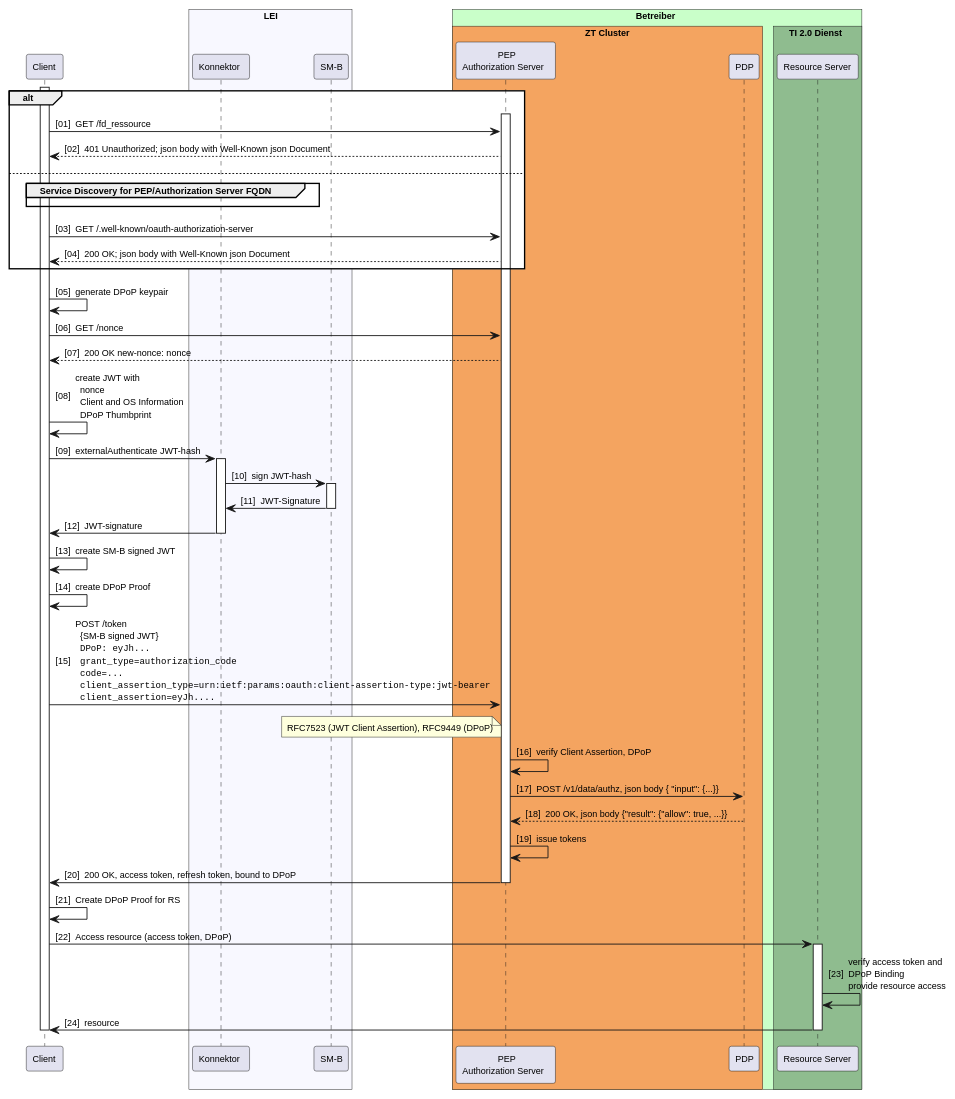
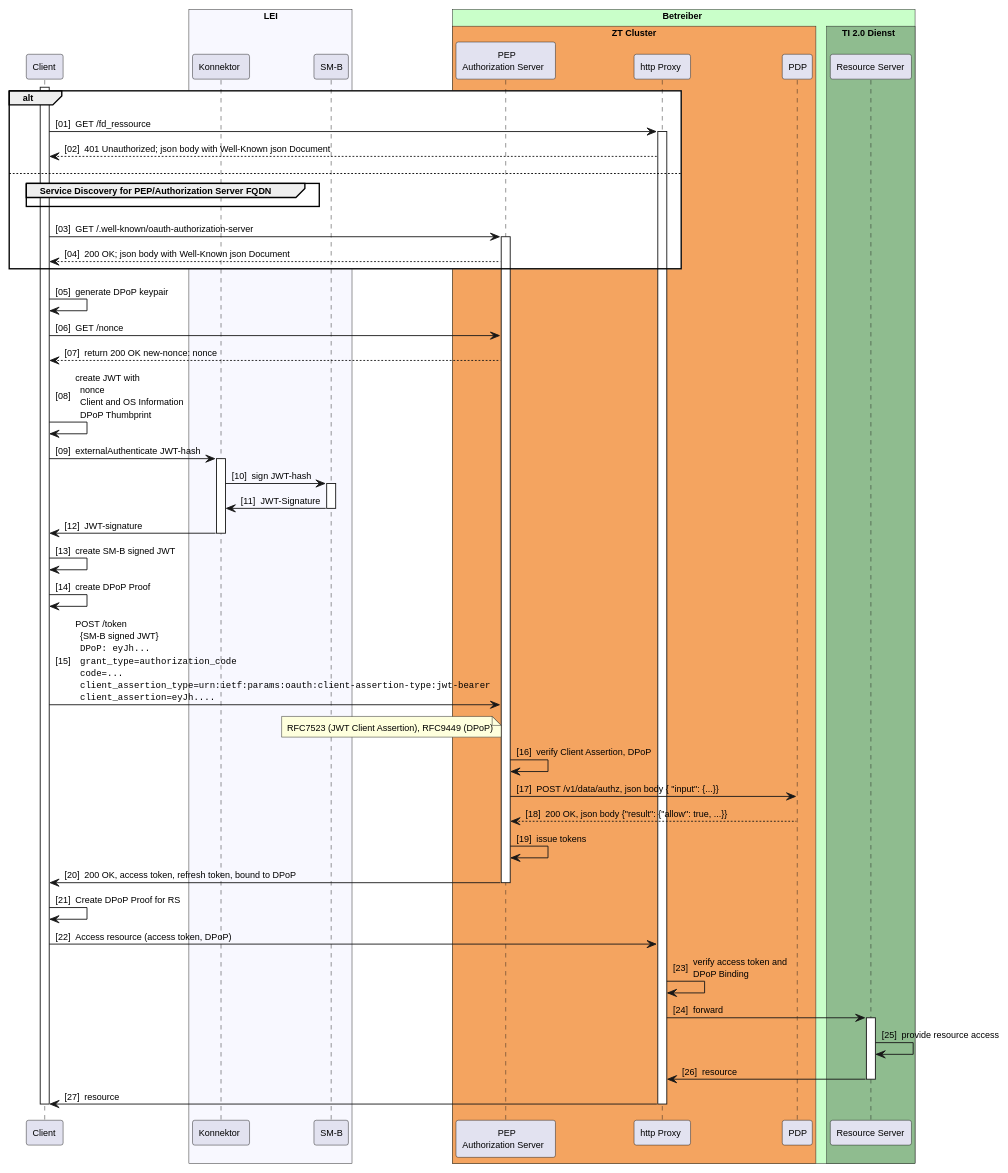
Before and after one commit to gematik/spec-t20r: the diagram in src/plantuml/sm-b-auth.puml, drawn with PlantUML. The commit also changed 4 other files, not shown here.

```diff
--- a/src/plantuml/sm-b-auth.puml
+++ b/src/plantuml/sm-b-auth.puml
@@ -1,81 +1,88 @@
 @startuml "SM-B_Auth_with_DPoP"
 autonumber "[00]"
 skinparam defaultFontSize 10
 skinparam defaultFontName Helvetica
 skinparam DefaultMonospacedFontName Courier
 skinparam lengthAdjust none
 
 !pragma teoz true
 
 participant Client
 box "LEI" #GhostWhite
     participant Konnektor
     participant SMB as "SM-B"
 end box
 
 box "Betreiber" #TECHNOLOGY
     box "ZT Cluster" #SandyBrown
         participant AuthS as "PEP\nAuthorization Server" 
+        participant HP as "http Proxy"
         participant PDP as "PDP"
     endbox
     box TI 2.0 Dienst #DarkSeaGreen
         participant RS as "Resource Server"
     endbox
 end box
 
 activate Client
 
+
 alt #White
-    activate AuthS
-    Client -> AuthS: GET /fd_ressource
-    AuthS --> Client: 401 Unauthorized; json body with Well-Known json Document
+    Client -> HP: GET /fd_ressource
+    activate HP
+    HP --> Client: 401 Unauthorized; json body with Well-Known json Document
 else 
     group Service Discovery for PEP/Authorization Server FQDN
     end
     Client -> AuthS: GET /.well-known/oauth-authorization-server 
+    activate AuthS
     AuthS --> Client: 200 OK; json body with Well-Known json Document
 end
 
 Client -> Client: generate DPoP keypair
 Client -> AuthS: GET /nonce
-return 200 OK new-nonce: nonce
+AuthS --> Client: return 200 OK new-nonce: nonce
 Client -> Client: create JWT with\n  nonce\n  Client and OS Information\n  DPoP Thumbprint
 Client -> Konnektor: externalAuthenticate JWT-hash
 activate Konnektor
 Konnektor -> SMB: sign JWT-hash
 activate SMB
 SMB -> Konnektor: JWT-Signature
 deactivate SMB
 Konnektor -> Client: JWT-signature
 deactivate Konnektor
 
 Client -> Client: create SM-B signed JWT
 Client -> Client: create DPoP Proof
 Client -> AuthS: POST /token\n\
   {SM-B signed JWT}\n\
   ""DPoP: eyJh...""\n\
   ""grant_type=authorization_code""\n\
   ""code=...""\n\
   ""client_assertion_type=urn:ietf:params:oauth:client-assertion-type:jwt-bearer""\n\
   ""client_assertion=eyJh....""
 note left of AuthS
   RFC7523 (JWT Client Assertion), RFC9449 (DPoP)
 end note
 
 AuthS -> AuthS: verify Client Assertion, DPoP
 AuthS -> PDP: POST /v1/data/authz, json body {  "input": {...}} 
 PDP --> AuthS: 200 OK, json body {"result": {"allow": true, ...}}
 AuthS -> AuthS: issue tokens
 AuthS -> Client: 200 OK, access token, refresh token, bound to DPoP
 deactivate AuthS
 Client -> Client: Create DPoP Proof for RS
 
-Client -> RS: Access resource (access token, DPoP)
+Client -> HP: Access resource (access token, DPoP)
+HP -> HP: verify access token and\nDPoP Binding
+HP -> RS: forward
 activate RS
-RS -> RS: verify access token and\nDPoP Binding\n\
-provide resource access
-RS -> Client: resource
+RS -> RS: provide resource access
+RS -> HP: resource
+deactivate RS
+HP -> Client: resource
+deactivate HP
 deactivate RS
 deactivate Client
 
 @enduml
```
